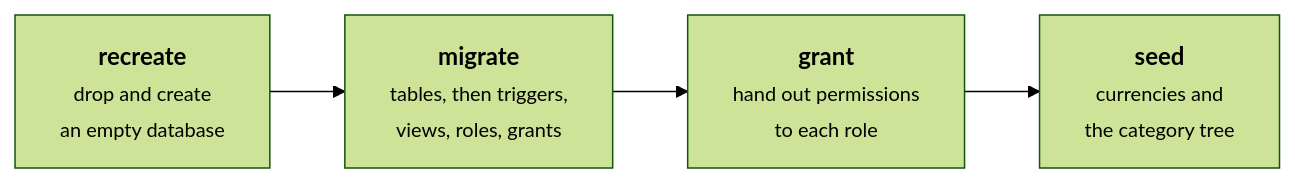
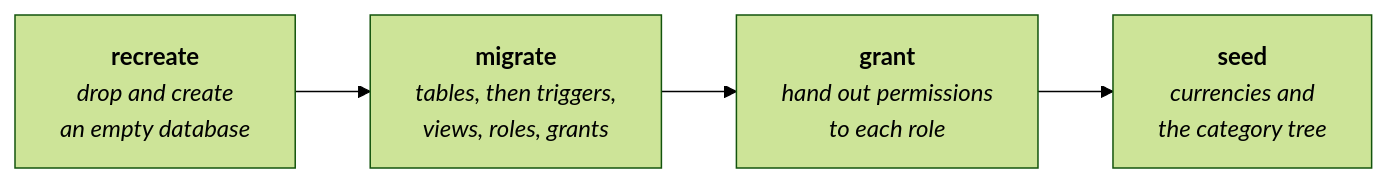
The first of 4 diagrams in docs/wiki/Getting-Started.md (VoltLightning/waltning), drawn with Mermaid (forest theme) before and after one commit. The commit also changed other lines of this file and 15 other files, not shown here.

````diff
--- a/docs/wiki/Getting-Started.md
+++ b/docs/wiki/Getting-Started.md
@@ -22,4 +22,4 @@
 ```mermaid
 graph LR
-    A["<b>recreate</b><br/><small>drop and create<br/>an empty database</small>"] --> B["<b>migrate</b><br/><small>tables, then triggers,<br/>views, roles, grants</small>"] --> C["<b>grant</b><br/><small>hand out permissions<br/>to each role</small>"] --> D["<b>seed</b><br/><small>currencies and<br/>the category tree</small>"]
+    A["<b>recreate</b><br/><i>drop and create<br/>an empty database</i>"] --> B["<b>migrate</b><br/><i>tables, then triggers,<br/>views, roles, grants</i>"] --> C["<b>grant</b><br/><i>hand out permissions<br/>to each role</i>"] --> D["<b>seed</b><br/><i>currencies and<br/>the category tree</i>"]
 ```
````
